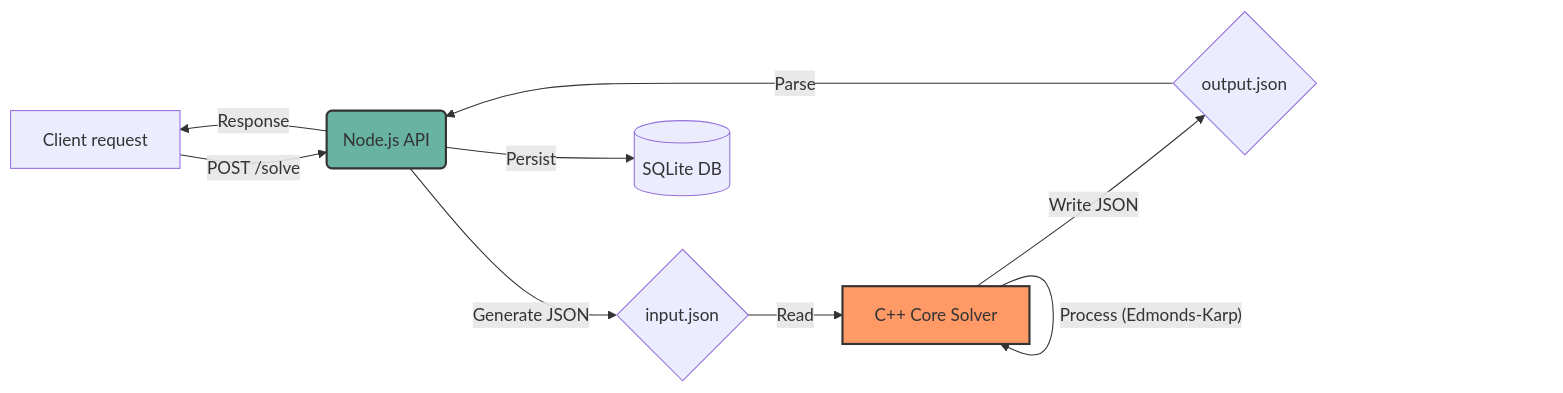
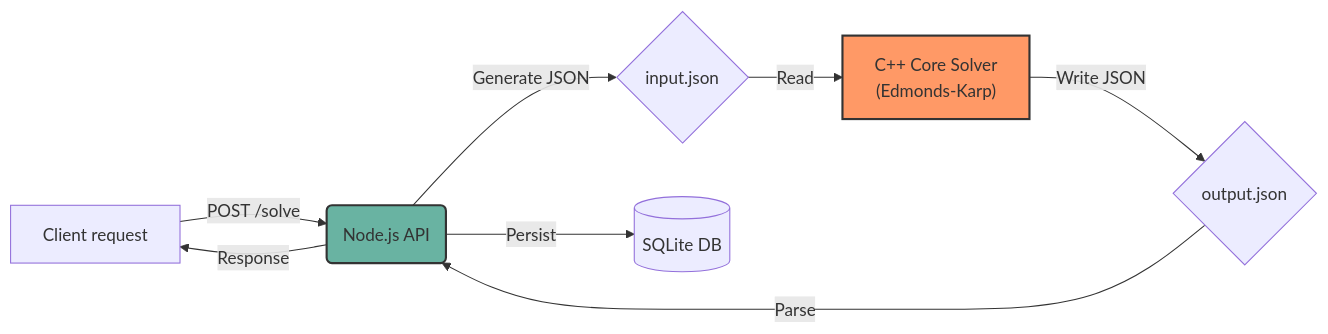
One commit to nardos322/maxflow-shift-optimizer changed the diagram in README.md. Above: the diagram before and after it, drawn with Mermaid.

````diff
--- a/README.md
+++ b/README.md
@@ -65,13 +65,12 @@
 ```mermaid
 graph LR
     A["Client request"] -->|"POST /solve"| B("Node.js API")
     B -->|"Generate JSON"| C{"input.json"}
-    C -->|Read| D["C++ Core Solver"]
-    D -->|"Process (Edmonds-Karp)"| D
+    C -->|Read| D["C++ Core Solver<br>(Edmonds-Karp)"]
     D -->|"Write JSON"| E{"output.json"}
     E -->|Parse| B
     B -->|Persist| F[("SQLite DB")]
     B -->|Response| A
     style D fill:#f96,stroke:#333,stroke-width:2px
     style B fill:#69b3a2,stroke:#333,stroke-width:2px
 ```
````
